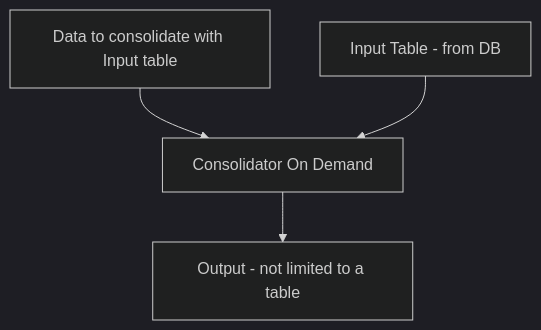
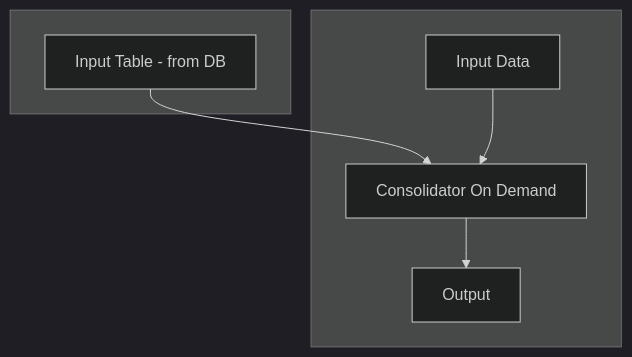
One commit to genesiscommunitysuccess/docs changed the third of 4 diagrams in docs/03_server-modules/07_consolidator/01_introduction.md. Above: the diagram before and after it, drawn with Mermaid (dark theme). The commit also changed other lines of this file, not shown here.

Commit message:
PTC-263 docs: Adjusted diagrams for simplicity

`````diff
--- a/docs/03_server-modules/07_consolidator/01_introduction.md
+++ b/docs/03_server-modules/07_consolidator/01_introduction.md
@@ -69,6 +69,11 @@
 ````mermaid
 graph TD
-H[Data to consolidate with Input table] --> I
-G[Input Table - from DB] --> I[Consolidator On Demand]
-I -->J[Output - not limited to a table]
+G --> I
+subgraph ide1 [ ]
+H[Input Data] --> I[Consolidator On Demand]
+I -->J[Output]
+end
+subgraph ide2 [ ]
+G[Input Table - from DB]
+end
 ````
`````
